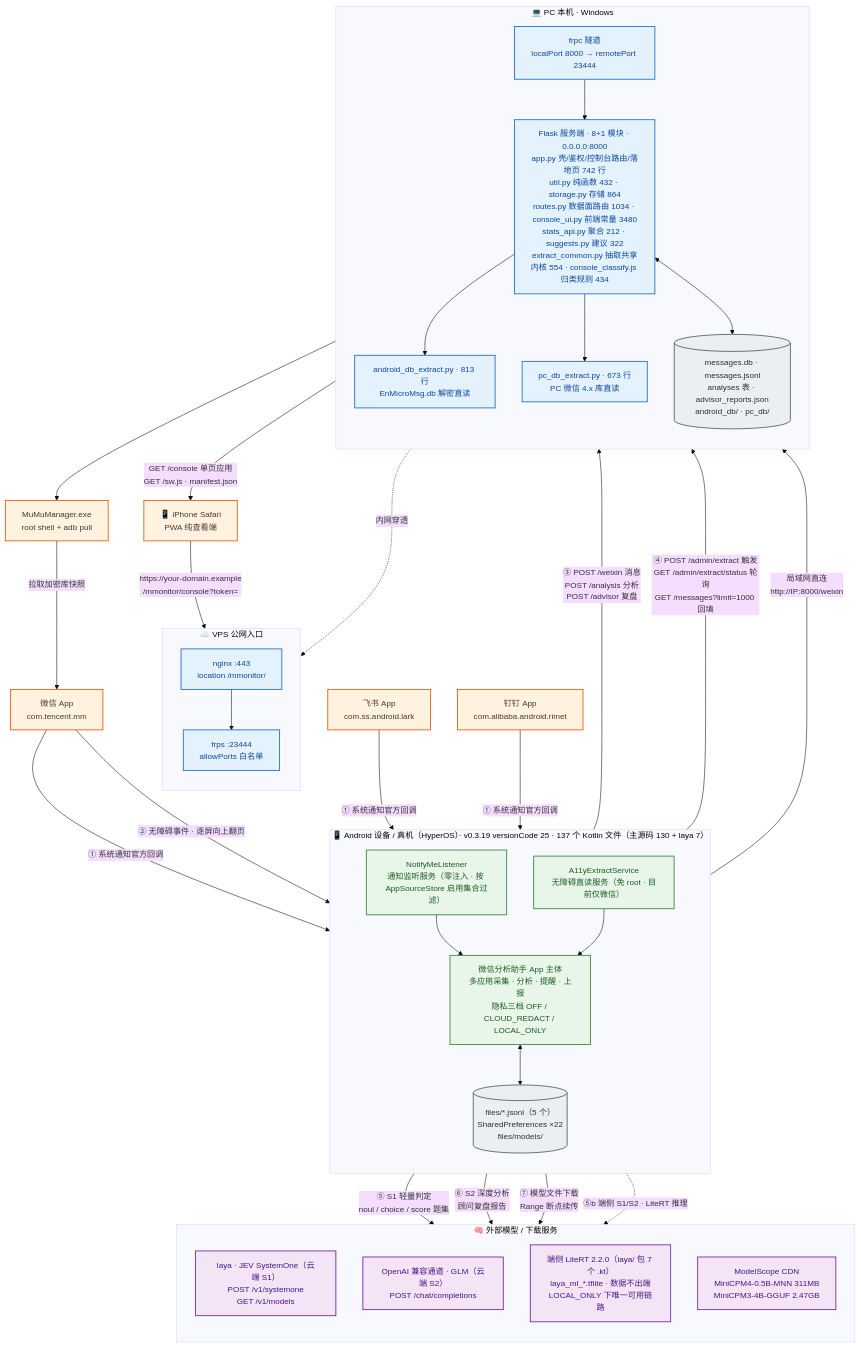
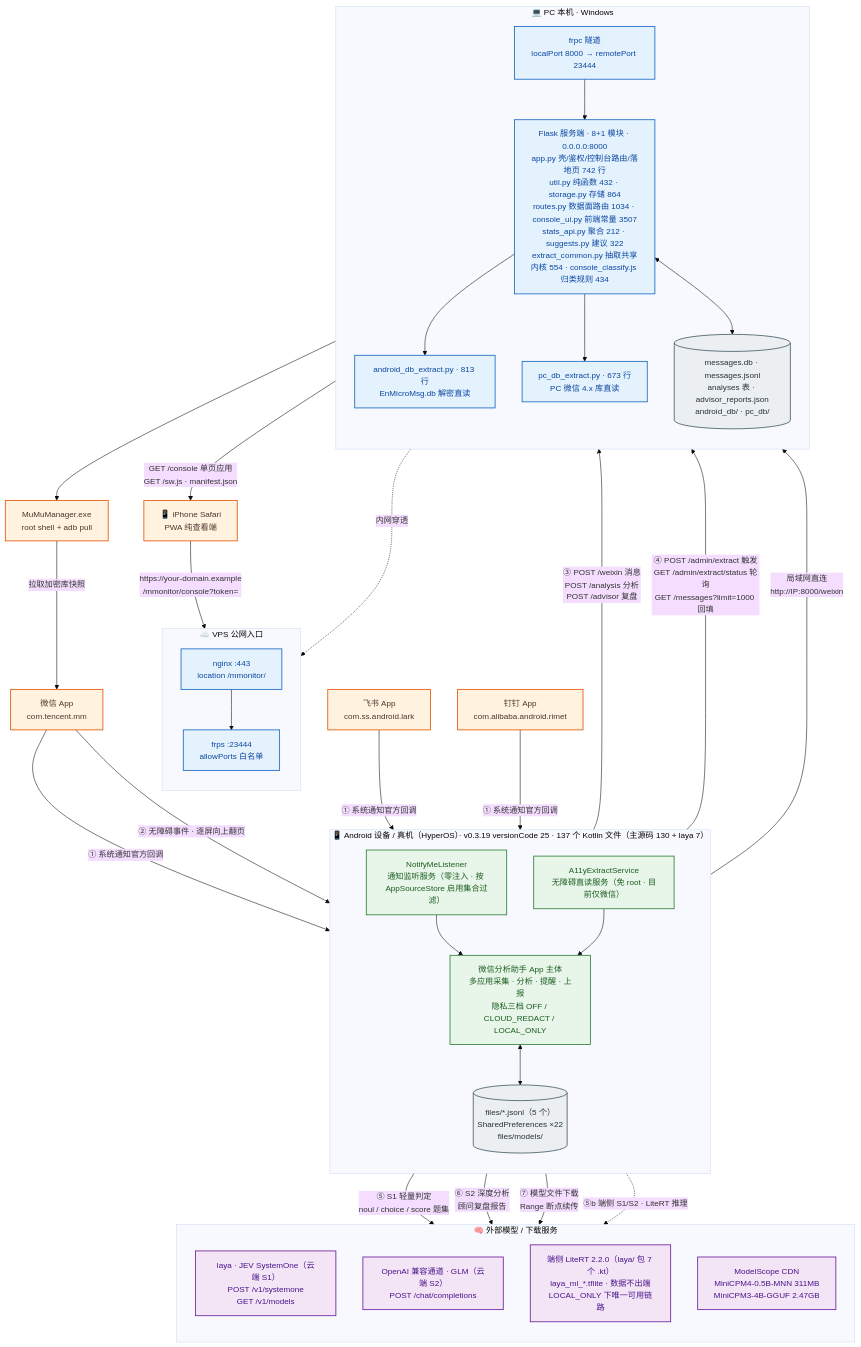
The diagram in docs/architecture/diagrams/01-system-context.mmd (solidjoker/notifyme), drawn with Mermaid before and after one commit. The commit also changed 12 other files, not shown here.

```diff
--- a/docs/architecture/diagrams/01-system-context.mmd
+++ b/docs/architecture/diagrams/01-system-context.mmd
@@ -1,70 +1,70 @@
 %%{init: {'theme':'base','themeVariables':{'fontSize':'15px','fontFamily':'Microsoft YaHei, PingFang SC, sans-serif'},'flowchart':{'htmlLabels':true,'curve':'basis'}}}%%
 flowchart TB
     classDef ext  fill:#fff3e0,stroke:#e65100,stroke-width:1.5px,color:#4e342e
     classDef app  fill:#e8f5e9,stroke:#2e7d32,stroke-width:1.5px,color:#1b5e20
     classDef srv  fill:#e3f2fd,stroke:#1565c0,stroke-width:1.5px,color:#0d47a1
     classDef llm  fill:#f3e5f5,stroke:#6a1b9a,stroke-width:1.5px,color:#4a148c
     classDef store fill:#eceff1,stroke:#455a64,stroke-width:1.5px,color:#263238
 
     WX["微信 App<br/>com.tencent.mm"]:::ext
     FS["飞书 App<br/>com.ss.android.lark"]:::ext
     DT["钉钉 App<br/>com.alibaba.android.rimet"]:::ext
 
     subgraph DEV["📱 Android 设备 / 真机（HyperOS）· v0.3.19 versionCode 25 · 137 个 Kotlin 文件（主源码 130 + laya 7）"]
         direction TB
         NL["NotifyMeListener<br/>通知监听服务（零注入 · 按 AppSourceStore 启用集合过滤）"]:::app
         A11Y["A11yExtractService<br/>无障碍直读服务（免 root · 目前仅微信）"]:::app
         CORE["微信分析助手 App 主体<br/>多应用采集 · 分析 · 提醒 · 上报<br/>隐私三档 OFF / CLOUD_REDACT / LOCAL_ONLY"]:::app
         STORE[("files/*.jsonl（5 个）<br/>SharedPreferences ×22<br/>files/models/")]:::store
         NL --> CORE
         A11Y --> CORE
         CORE <--> STORE
     end
 
     subgraph HOST["💻 PC 本机 · Windows"]
         direction TB
-        FLASK["Flask 服务端 · 8+1 模块 · 0.0.0.0:8000<br/>app.py 壳/鉴权/控制台路由/落地页 742 行<br/>util.py 纯函数 432 · storage.py 存储 864<br/>routes.py 数据面路由 1034 · console_ui.py 前端常量 3480<br/>stats_api.py 聚合 212 · suggests.py 建议 322<br/>extract_common.py 抽取共享内核 554 · console_classify.js 归类规则 434"]:::srv
+        FLASK["Flask 服务端 · 8+1 模块 · 0.0.0.0:8000<br/>app.py 壳/鉴权/控制台路由/落地页 742 行<br/>util.py 纯函数 432 · storage.py 存储 864<br/>routes.py 数据面路由 1034 · console_ui.py 前端常量 3507<br/>stats_api.py 聚合 212 · suggests.py 建议 322<br/>extract_common.py 抽取共享内核 554 · console_classify.js 归类规则 434"]:::srv
         ADBEX["android_db_extract.py · 813 行<br/>EnMicroMsg.db 解密直读"]:::srv
         PCEX["pc_db_extract.py · 673 行<br/>PC 微信 4.x 库直读"]:::srv
         DB[("messages.db · messages.jsonl<br/>analyses 表 · advisor_reports.json<br/>android_db/ · pc_db/")]:::store
         FRPC["frpc 隧道<br/>localPort 8000 → remotePort 23444"]:::srv
         FLASK --> ADBEX
         FLASK --> PCEX
         FLASK <--> DB
         FRPC --> FLASK
     end
 
     subgraph VPS["☁️ VPS 公网入口"]
         direction TB
         NGINX["nginx :443<br/>location /mmonitor/"]:::srv
         FRPS["frps :23444<br/>allowPorts 白名单"]:::srv
         NGINX --> FRPS
     end
 
     subgraph AI["🧠 外部模型 / 下载服务"]
         direction TB
         LAYA["laya · JEV SystemOne（云端 S1）<br/>POST /v1/systemone<br/>GET /v1/models"]:::llm
         GLM["OpenAI 兼容通道 · GLM（云端 S2）<br/>POST /chat/completions"]:::llm
         LITE["端侧 LiteRT 2.2.0（laya/ 包 7 个 .kt）<br/>laya_ml_*.tflite · 数据不出端<br/>LOCAL_ONLY 下唯一可用链路"]:::llm
         MS["ModelScope CDN<br/>MiniCPM4-0.5B-MNN 311MB<br/>MiniCPM3-4B-GGUF 2.47GB"]:::llm
     end
 
     MUMU["MuMuManager.exe<br/>root shell + adb pull"]:::ext
     IPHONE["📱 iPhone Safari<br/>PWA 纯查看端"]:::ext
 
     WX -->|"① 系统通知官方回调"| NL
     FS -->|"① 系统通知官方回调"| NL
     DT -->|"① 系统通知官方回调"| NL
     WX -->|"② 无障碍事件 · 逐屏向上翻页"| A11Y
     CORE -->|"③ POST /weixin 消息<br/>POST /analysis 分析<br/>POST /advisor 复盘"| FLASK
     CORE -->|"④ POST /admin/extract 触发<br/>GET /admin/extract/status 轮询<br/>GET /messages?limit=1000 回填"| FLASK
     CORE -->|"⑤ S1 轻量判定<br/>noul / choice / score 题集"| LAYA
     CORE -->|"⑥ S2 深度分析<br/>顾问复盘报告"| GLM
     CORE -->|"⑦ 模型文件下载<br/>Range 断点续传"| MS
     CORE -.->|"⑤b 端侧 S1/S2 · LiteRT 推理"| LITE
     ADBEX --> MUMU
     MUMU -->|"拉取加密库快照"| WX
     CORE -->|"局域网直连<br/>http://IP:8000/weixin"| FLASK
     FRPC -.->|"内网穿透"| FRPS
     IPHONE -->|"https://your-domain.example<br/>/mmonitor/console?token="| NGINX
     FLASK -->|"GET /console 单页应用<br/>GET /sw.js · manifest.json"| IPHONE
```
